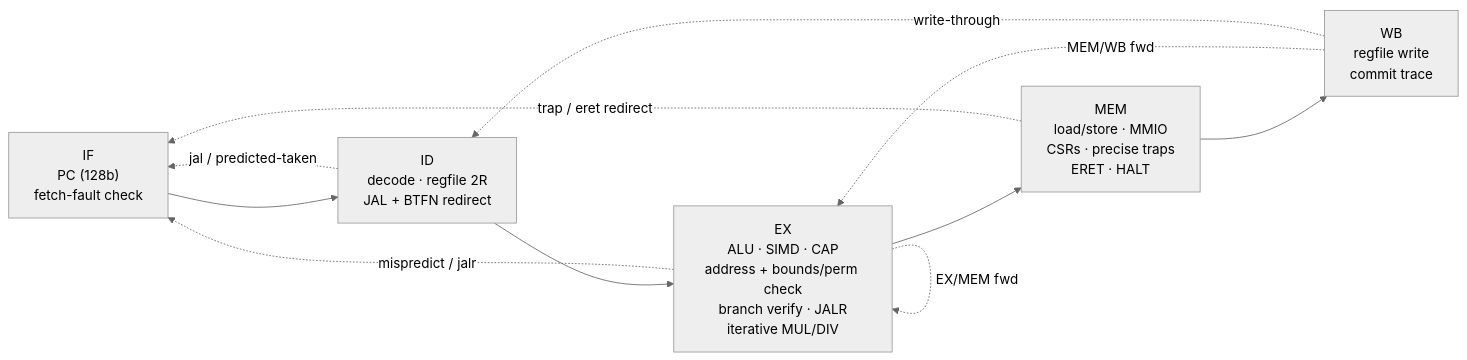
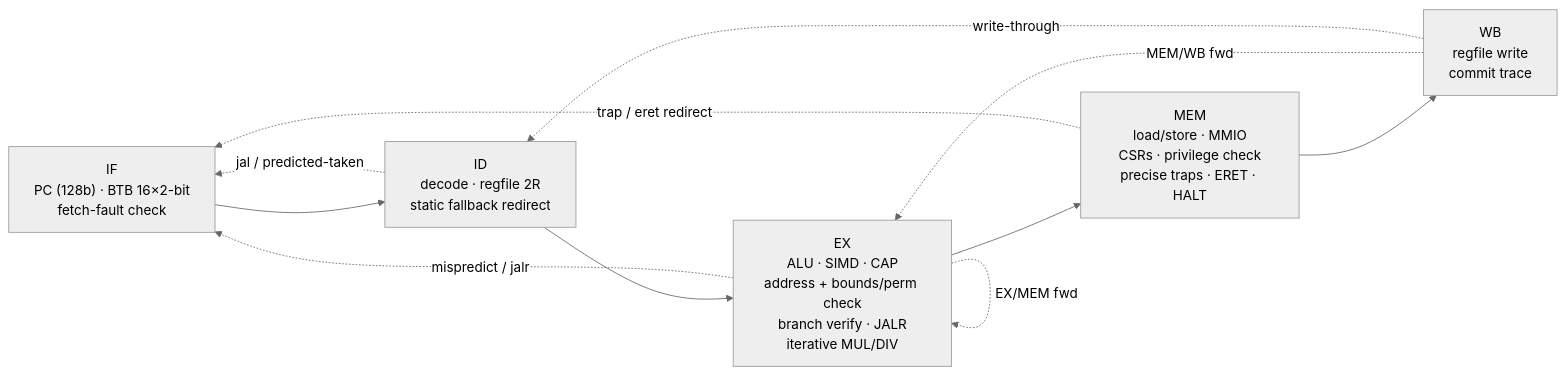
The diagram in README.md (fghijkln/tachyon-128), drawn with Mermaid (neutral theme) before and after one commit. The commit also changed other lines of this file and 9 other files, not shown here.

Commit message:
v3 final verification: 164/164 unit, 8/8 programs, 2000/2000 random (+2000 alt seeds), 33/33 mutants; synth 145,247 cells (mul +21,877, BTB ~+3k); BTB mapped to flops (mem2reg), TX_NO_BTB removes it entirely; coverage per trap cause; README/SPEC v3

````diff
--- a/README.md
+++ b/README.md
@@ -89,13 +100,13 @@
 ```mermaid
 flowchart LR
-  IF["IF<br/>PC (128b)<br/>fetch-fault check"] --> ID["ID<br/>decode · regfile 2R<br/>JAL + BTFN redirect"]
+  IF["IF<br/>PC (128b) · BTB 16×2-bit<br/>fetch-fault check"] --> ID["ID<br/>decode · regfile 2R<br/>static fallback redirect"]
   ID --> EX["EX<br/>ALU · SIMD · CAP<br/>address + bounds/perm check<br/>branch verify · JALR<br/>iterative MUL/DIV"]
-  EX --> MEM["MEM<br/>load/store · MMIO<br/>CSRs · precise traps<br/>ERET · HALT"]
+  EX --> MEM["MEM<br/>load/store · MMIO<br/>CSRs · privilege check<br/>precise traps · ERET · HALT"]
   MEM --> WB["WB<br/>regfile write<br/>commit trace"]
   EX -. "EX/MEM fwd" .-> EX
   WB -. "MEM/WB fwd" .-> EX
   WB -. "write-through" .-> ID
   MEM -. "trap / eret redirect" .-> IF
   EX -. "mispredict / jalr" .-> IF
   ID -. "jal / predicted-taken" .-> IF
 ```
````
